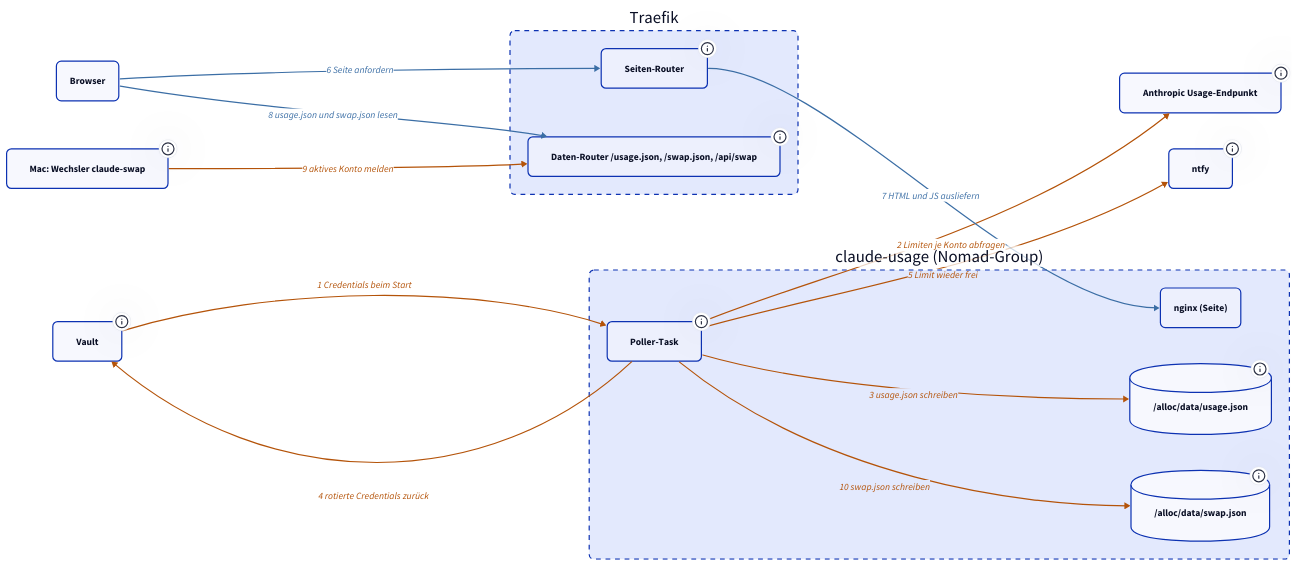
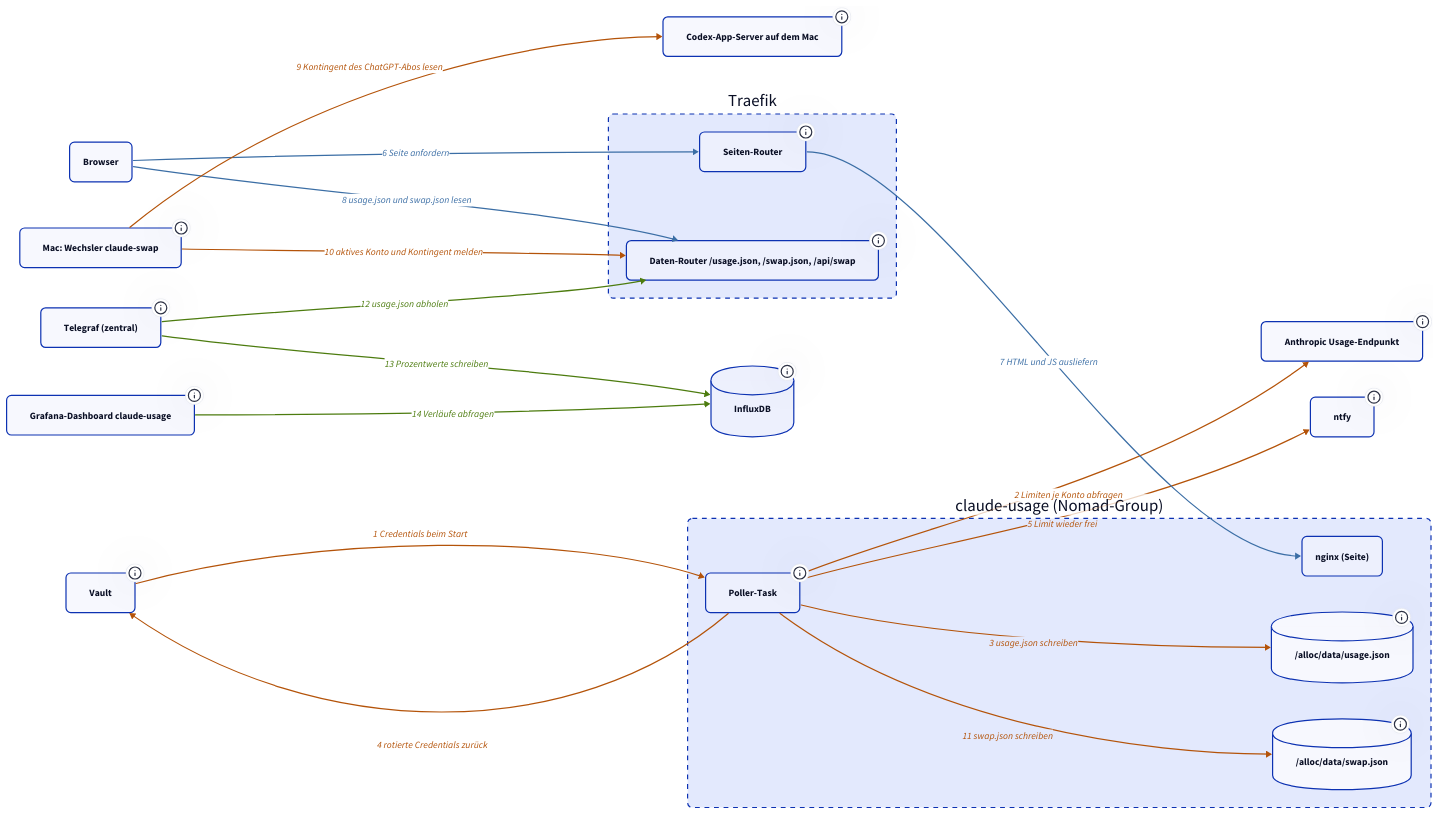
The diagram in docs/dienste/claude-usage/index.md (derever-labs/homelab-wiki), drawn with D2 before and after one commit. The commit also changed other lines of this file and 2 other files, not shown here.

Commit message:
docs(claude-usage): Zeitreihe und Codex im Diagramm, Takte nachgezogen

````diff
--- a/docs/dienste/claude-usage/index.md
+++ b/docs/dienste/claude-usage/index.md
@@ -40,6 +40,7 @@
   container: { style: { border-radius: 8; stroke-dash: 4 } }
   push: { style: { stroke: "#b45309"; font-color: "#b45309" } }
   seite: { style: { stroke: "#3b6ea5"; font-color: "#3b6ea5" } }
+  zeitreihe: { style: { stroke: "#4d7c0f"; font-color: "#4d7c0f" } }
 }
 
 direction: right
@@ -64,6 +65,11 @@
 mac: "Mac: Wechsler claude-swap" {
   class: node
   tooltip: "Tauscht die Claude-Code-Credentials im Keychain und meldet bei jedem Wechsel und alle 5 Minuten das aktive Konto"
+}
+
+codex: "Codex-App-Server auf dem Mac" {
+  class: node
+  tooltip: "Lokaler Dienst des Codex-Werkzeugs -- nennt Tarif und Fenster des ChatGPT-Abos ohne Modellaufruf"
 }
 
 traefik: Traefik {
@@ -99,6 +105,22 @@
   }
 }
 
+telegraf: "Telegraf (zentral)" {
+  class: node
+  tooltip: "HTTP-Input im Job influxdb -- liest die flachen Listen aus usage.json"
+}
+
+influx: InfluxDB {
+  shape: cylinder
+  class: node
+  tooltip: "Measurements claude_usage und claude_usage_status im Bucket telegraf, Downsample nach telegraf_1y"
+}
+
+grafana: "Grafana-Dashboard claude-usage" {
+  class: node
+  tooltip: "Verläufe je Fenster und Tabelle der Höchststände je Wochenfenster"
+}
+
 vault -> app.poller: "1 Credentials beim Start" { class: push }
 app.poller -> anthropic: "2 Limiten je Konto abfragen" { class: push }
 app.poller -> app.data: "3 usage.json schreiben" { class: push }
@@ -107,6 +129,10 @@
 browser -> traefik.rseite: "6 Seite anfordern" { class: seite }
 traefik.rseite -> app.html: "7 HTML und JS ausliefern" { class: seite }
 browser -> traefik.rdata: "8 usage.json und swap.json lesen" { class: seite }
-mac -> traefik.rdata: "9 aktives Konto melden" { class: push }
-app.poller -> app.swap: "10 swap.json schreiben" { class: push }
+mac -> codex: "9 Kontingent des ChatGPT-Abos lesen" { class: push }
+mac -> traefik.rdata: "10 aktives Konto und Kontingent melden" { class: push }
+app.poller -> app.swap: "11 swap.json schreiben" { class: push }
+telegraf -> traefik.rdata: "12 usage.json abholen" { class: zeitreihe }
+telegraf -> influx: "13 Prozentwerte schreiben" { class: zeitreihe }
+grafana -> influx: "14 Verläufe abfragen" { class: zeitreihe }
 ```
````
